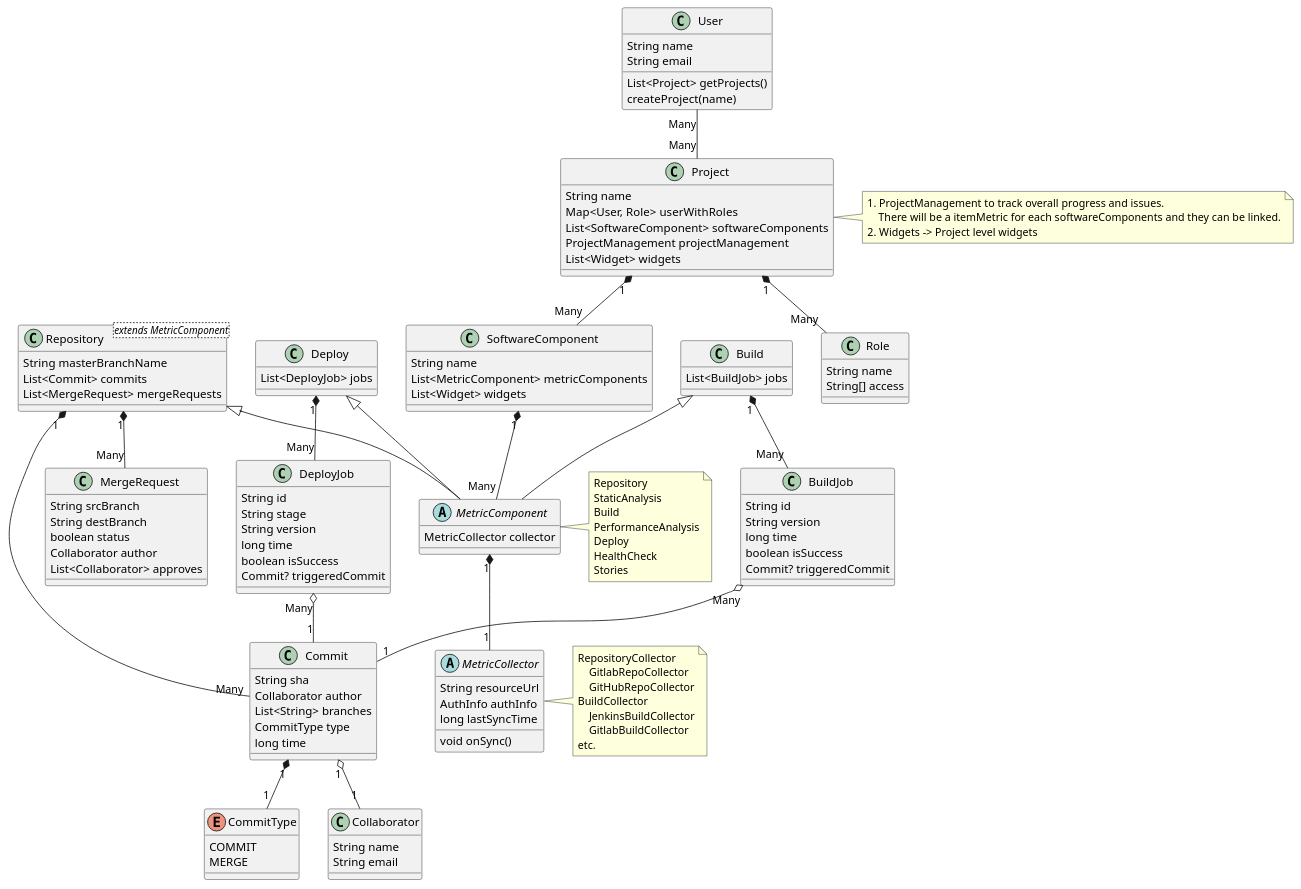
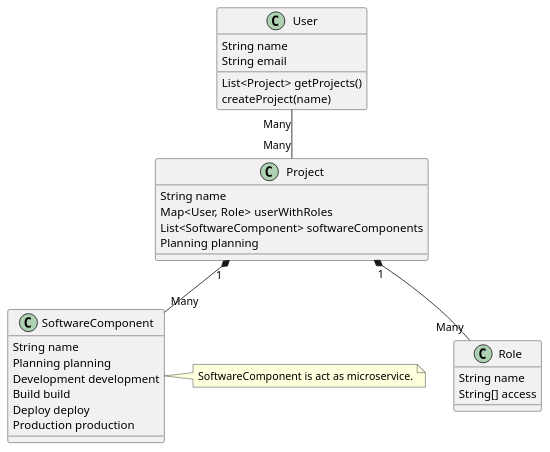
One commit to Hemdaal/Hemdaal changed the diagram in class_diagram.puml. Above: the diagram before and after it, drawn with PlantUML. The commit also changed 63 other files, not shown here.

```diff
--- a/class_diagram.puml
+++ b/class_diagram.puml
@@ -1,154 +1,42 @@
 @startuml
 
 class User {
     String name
     String email
 
     List<Project> getProjects()
     createProject(name)
 }
 
 class Role {
     String name
     String[] access
 }
 
 class Project {
     String name
     Map<User, Role> userWithRoles
     List<SoftwareComponent> softwareComponents
-    ProjectManagement projectManagement
-    List<Widget> widgets
+    Planning planning
 }
 
 Project "1" *-- "Many" Role
 User "Many" -- "Many" Project
 
-note right of Project
-    1. ProjectManagement to track overall progress and issues.
-        There will be a itemMetric for each softwareComponents and they can be linked.
-    2. Widgets -> Project level widgets
-end note
-
 class SoftwareComponent {
     String name
-    List<MetricComponent> metricComponents
-    List<Widget> widgets
+    Planning planning
+    Development development
+    Build build
+    Deploy deploy
+    Production production
 }
+
+note right of SoftwareComponent
+    SoftwareComponent is act as microservice.
+end note
 
 Project "1" *-- "Many" SoftwareComponent
 
-abstract class MetricComponent {
-    MetricCollector collector
-}
-
-SoftwareComponent "1" *-- "Many" MetricComponent
-
-abstract class MetricCollector {
-    String resourceUrl
-    AuthInfo authInfo
-    long lastSyncTime
-
-    void onSync()
-}
-
-note right of MetricCollector
-    RepositoryCollector
-        GitlabRepoCollector
-        GitHubRepoCollector
-    BuildCollector
-        JenkinsBuildCollector
-        GitlabBuildCollector
-    etc.
-end note
-
-MetricComponent "1" *-- "1" MetricCollector
-
-note right of MetricComponent
-    Repository
-    StaticAnalysis
-    Build
-    PerformanceAnalysis
-    Deploy
-    HealthCheck
-    Stories
-end note
-
-class Repository<extends MetricComponent> {
-    String masterBranchName
-    List<Commit> commits
-    List<MergeRequest> mergeRequests
-}
-
-Repository <|-- MetricComponent
-
-class Commit {
-    String sha
-    Collaborator author
-    List<String> branches
-    CommitType type
-    long time
-}
-
-Repository "1" *-- "Many" Commit
-
-enum CommitType {
-    COMMIT
-    MERGE
-}
-
-Commit "1" *-- "1" CommitType
-
-class Collaborator {
-    String name
-    String email
-}
-
-Commit "1" o-- "1" Collaborator
-
-class MergeRequest {
-    String srcBranch
-    String destBranch
-    boolean status
-    Collaborator author
-    List<Collaborator> approves
-}
-
-Repository "1" *-- "Many" MergeRequest
-
-class Build {
-    List<BuildJob> jobs
-}
-
-Build <|-- MetricComponent
-
-class BuildJob {
-    String id
-    String version
-    long time
-    boolean isSuccess
-    Commit? triggeredCommit
-}
-
-Build "1" *-- "Many" BuildJob
-BuildJob "Many" o-- "1" Commit
-
-class Deploy {
-    List<DeployJob> jobs
-}
-
-Deploy <|-- MetricComponent
-
-class DeployJob {
-    String id
-    String stage
-    String version
-    long time
-    boolean isSuccess
-    Commit? triggeredCommit
-}
-
-Deploy "1" *-- "Many" DeployJob
-DeployJob "Many" o-- "1" Commit
 
 @enduml
```
